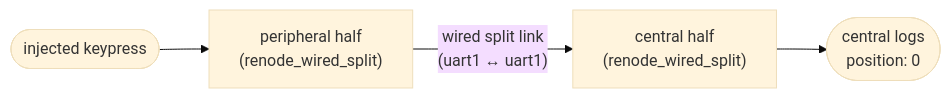
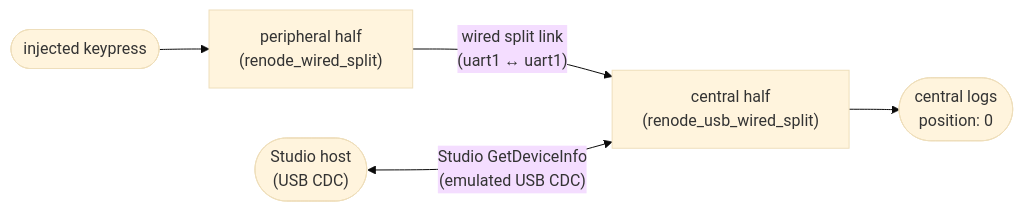
One commit to cormoran/zmk-west-commands changed the third of 4 diagrams in docs/renode-testing.md. Above: the diagram before and after it, drawn with Mermaid (base theme). The commit also changed other lines of this file and 9 other files, not shown here.

````diff
--- a/docs/renode-testing.md
+++ b/docs/renode-testing.md
@@ -138,10 +138,12 @@
 ```mermaid
 graph LR
     key(["injected keypress"])
     periph["peripheral half<br/>(renode_wired_split)"]
-    central["central half<br/>(renode_wired_split)"]
+    central["central half<br/>(renode_usb_wired_split)"]
     log(["central logs<br/>position: 0"])
+    host(["Studio host<br/>(USB CDC)"])
     key --> periph
     periph -- "wired split link<br/>(uart1 ↔ uart1)" --> central
     central --> log
+    host <-- "Studio GetDeviceInfo<br/>(emulated USB CDC)" --> central
 ```
````
